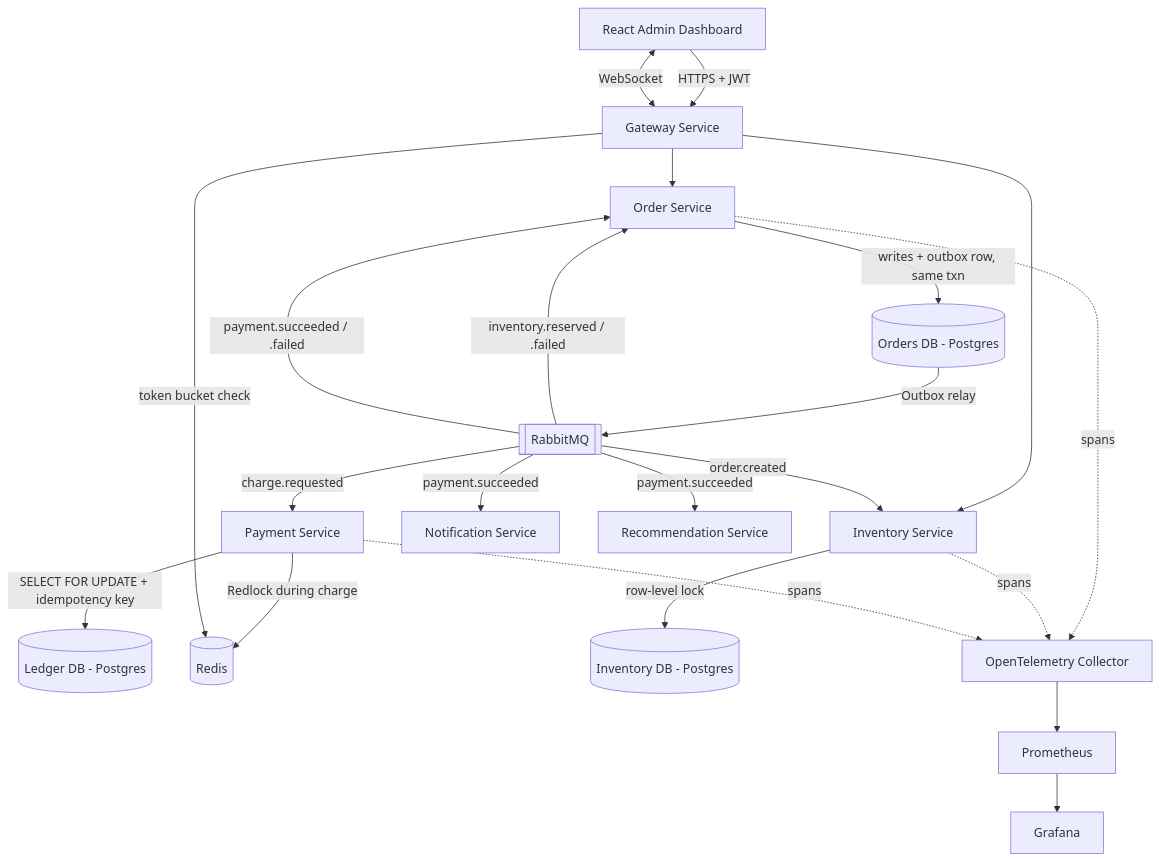
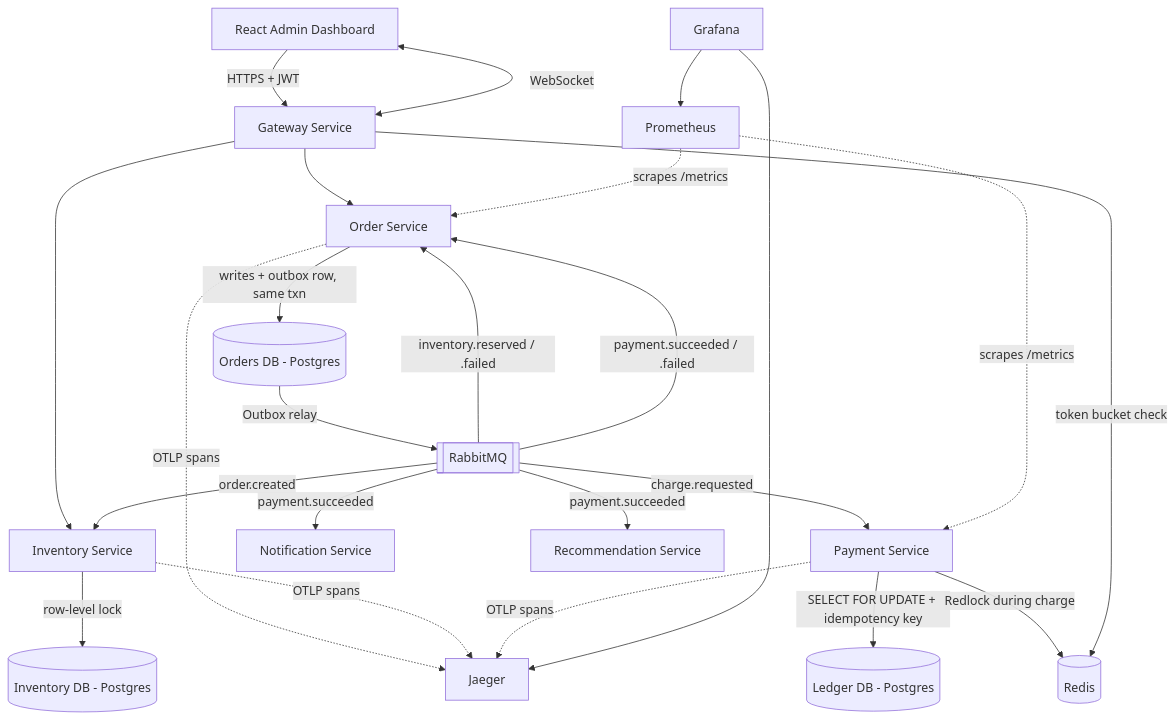
Before and after one commit to koushikrams29/distributed-commerce-payments-engine: the diagram in docs/ARCHITECTURE.md, drawn with Mermaid. The commit also changed other lines of this file and 117 other files, not shown here.

````diff
--- a/docs/ARCHITECTURE.md
+++ b/docs/ARCHITECTURE.md
@@ -11,23 +11,26 @@
 ```mermaid
 graph TD
     Client[React Admin Dashboard] -->|HTTPS + JWT| Gateway[Gateway Service]
     Gateway --> OrderSvc[Order Service]
     Gateway --> InventorySvc[Inventory Service]
     OrderSvc -->|writes + outbox row, same txn| OrderDB[(Orders DB - Postgres)]
     OrderDB -->|Outbox relay| MQ[[RabbitMQ]]
     MQ -->|order.created| InventorySvc
     MQ -->|inventory.reserved / .failed| OrderSvc
     MQ -->|charge.requested| PaymentSvc[Payment Service]
     PaymentSvc -->|SELECT FOR UPDATE + idempotency key| Ledger[(Ledger DB - Postgres)]
     PaymentSvc -->|Redlock during charge| Redis[(Redis)]
     MQ -->|payment.succeeded / .failed| OrderSvc
     MQ -->|payment.succeeded| NotificationSvc[Notification Service]
     MQ -->|payment.succeeded| RecoSvc[Recommendation Service]
     InventorySvc -->|row-level lock| InvDB[(Inventory DB - Postgres)]
     Gateway -->|token bucket check| Redis
-    OrderSvc -. spans .-> OTel[OpenTelemetry Collector]
-    InventorySvc -. spans .-> OTel
-    PaymentSvc -. spans .-> OTel
-    OTel --> Prom[Prometheus] --> Grafana[Grafana]
+    OrderSvc -. OTLP spans .-> Jaeger[Jaeger]
+    InventorySvc -. OTLP spans .-> Jaeger
+    PaymentSvc -. OTLP spans .-> Jaeger
+    Prom[Prometheus] -. scrapes /metrics .-> OrderSvc
+    Prom -. scrapes /metrics .-> PaymentSvc
+    Grafana[Grafana] --> Prom
+    Grafana --> Jaeger
     Gateway <-->|WebSocket| Client
 ```
````
